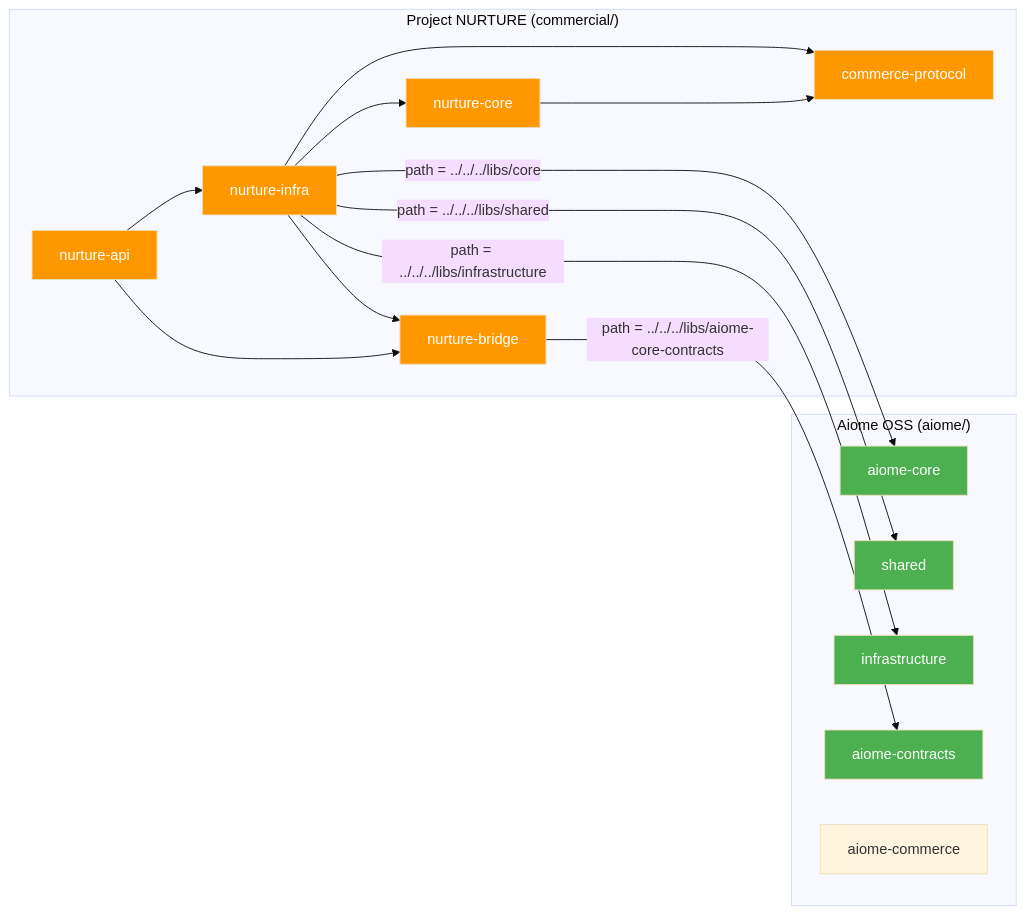
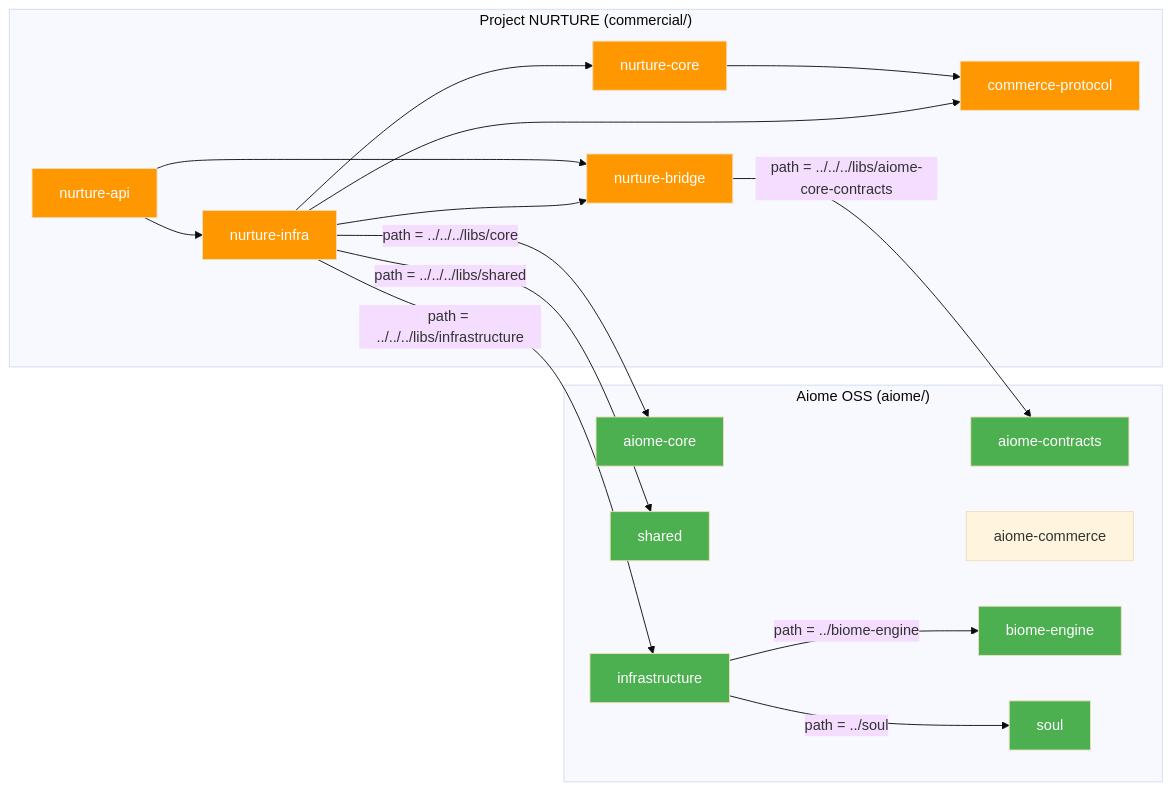
Before and after one commit to for4xex-droid/modular-open-claw: the second of 16 diagrams in docs/architecture/AIOME_NURTURE_SYNERGY.md, drawn with Mermaid (base theme). The commit also changed other lines of this file and 3489 other files, not shown here.

````diff
--- a/docs/architecture/AIOME_NURTURE_SYNERGY.md
+++ b/docs/architecture/AIOME_NURTURE_SYNERGY.md
@@ -218,40 +218,46 @@
 ```mermaid
 graph LR
     subgraph "Aiome OSS (aiome/)"
         AC[aiome-core]
         SH[shared]
         INF[infrastructure]
         CONTRACTS[aiome-contracts]
         COMMERCE[aiome-commerce]
+        BIOME[biome-engine]
+        SOUL[soul]
     end
 
     subgraph "Project NURTURE (commercial/)"
         CP[commerce-protocol]
         NC[nurture-core]
         NI[nurture-infra]
         NB[nurture-bridge]
         NA[nurture-api]
     end
 
     NA --> NI
     NI --> NC
     NC --> CP
     NI --> CP
     NA --> NB
     NI --> NB
 
     NI -->|"path = ../../../libs/core"| AC
     NI -->|"path = ../../../libs/shared"| SH
     NI -->|"path = ../../../libs/infrastructure"| INF
     NB -->|"path = ../../../libs/aiome-core-contracts"| CONTRACTS
+    INF -->|"path = ../biome-engine"| BIOME
+    INF -->|"path = ../soul"| SOUL
 
     style AC fill:#4CAF50,color:white
     style SH fill:#4CAF50,color:white
     style INF fill:#4CAF50,color:white
     style CONTRACTS fill:#4CAF50,color:white
+    style BIOME fill:#4CAF50,color:white
+    style SOUL fill:#4CAF50,color:white
     style CP fill:#FF9800,color:white
     style NC fill:#FF9800,color:white
     style NI fill:#FF9800,color:white
     style NA fill:#FF9800,color:white
     style NB fill:#FF9800,color:white
 ```
````
